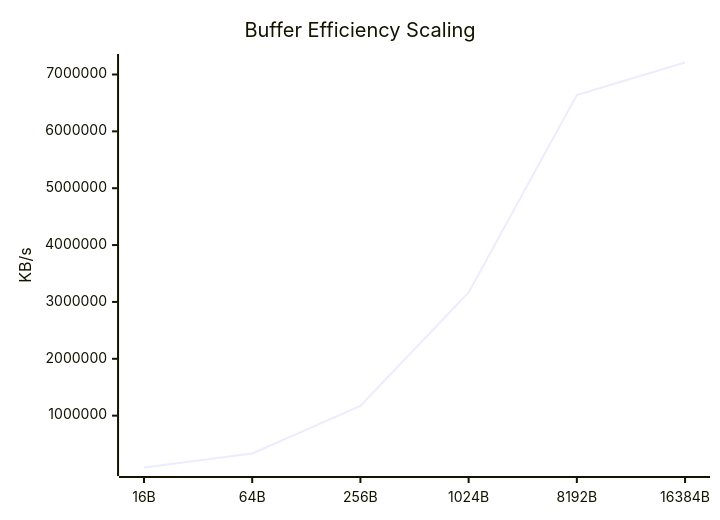
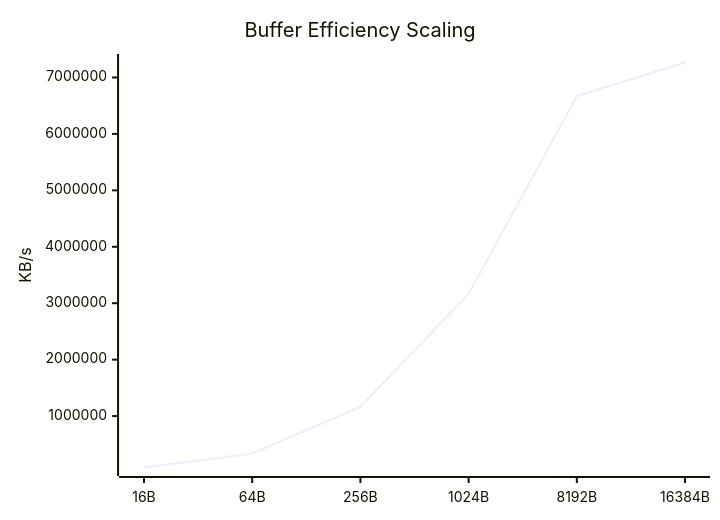
One commit to taha2samy/openssl_fips changed the sixth of 9 diagrams in docs/Comparison_Report.md. Above: the diagram before and after it, drawn with Mermaid. The commit also changed other lines of this file and 2 other files, not shown here.

````diff
--- a/docs/Comparison_Report.md
+++ b/docs/Comparison_Report.md
@@ -102,7 +102,7 @@
 ```mermaid
 xychart-beta
     title "Buffer Efficiency Scaling"
     x-axis [16B, 64B, 256B, 1024B, 8192B, 16384B]
     y-axis "KB/s"
-    line [87903.9, 334482.62, 1172751.36, 3166743.04, 6638538.75, 7210967.04]
+    line [89059.76, 334870.43, 1164230.76, 3162967.04, 6668414.98, 7265271.81]
 ```
````
